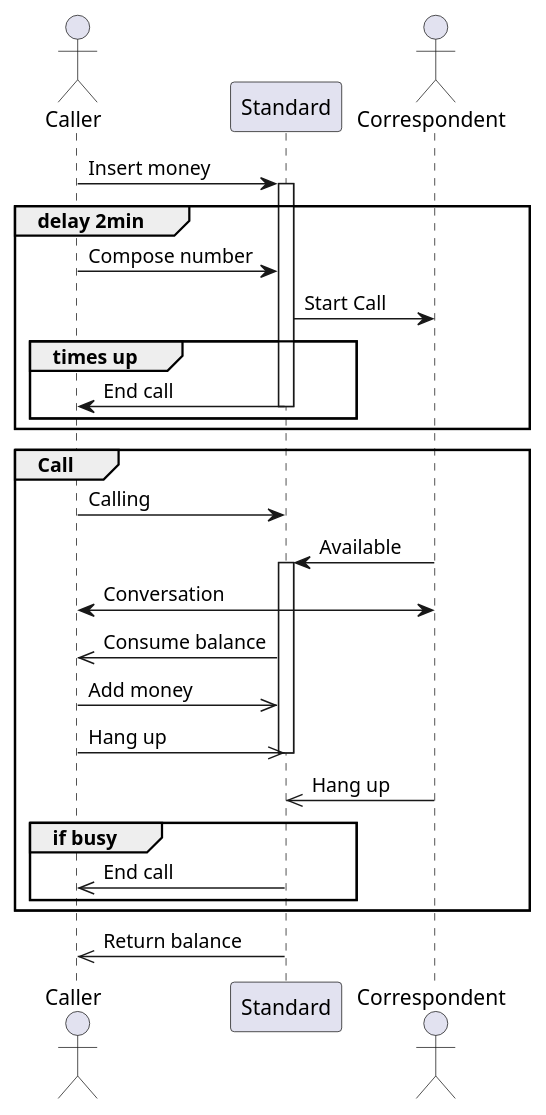
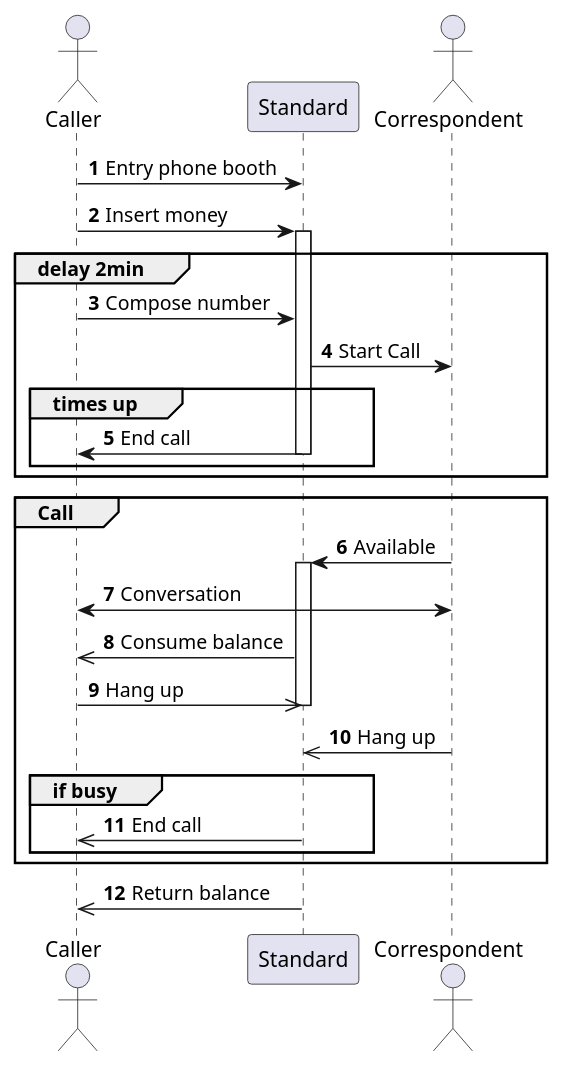
Before and after one commit to lpodev/publiphone: the diagram in sequence.puml, drawn with PlantUML. The commit also changed 1 other file, not shown here.

```diff
--- a/sequence.puml
+++ b/sequence.puml
@@ -1,34 +1,34 @@
 @startuml  phone_sequence
+autonumber 1
 
 actor Caller as Caller order 1
 participant Standard order 2
 actor Correspondent order 3
 
+Caller -> Standard: Entry phone booth
 Caller -> Standard: Insert money
 activate Standard
 group delay 2min
 Caller -> Standard : Compose number
 Standard -> Correspondent : Start Call 
 group times up 
 Standard -> Caller : End call
 deactivate Standard 
 end
 end
 group Call
-Caller -> Standard : Calling
 Correspondent -> Standard : Available 
 activate Standard
 Caller <-> Correspondent : Conversation 
 Standard ->> Caller : Consume balance
-Caller ->> Standard : Add money
 Caller ->> Standard : Hang up
 deactivate Standard
 Correspondent ->> Standard : Hang up
 deactivate Standard
 group if busy
 Standard ->> Caller : End call
 end
 end
 Standard ->> Caller : Return balance
 
 @enduml
```
